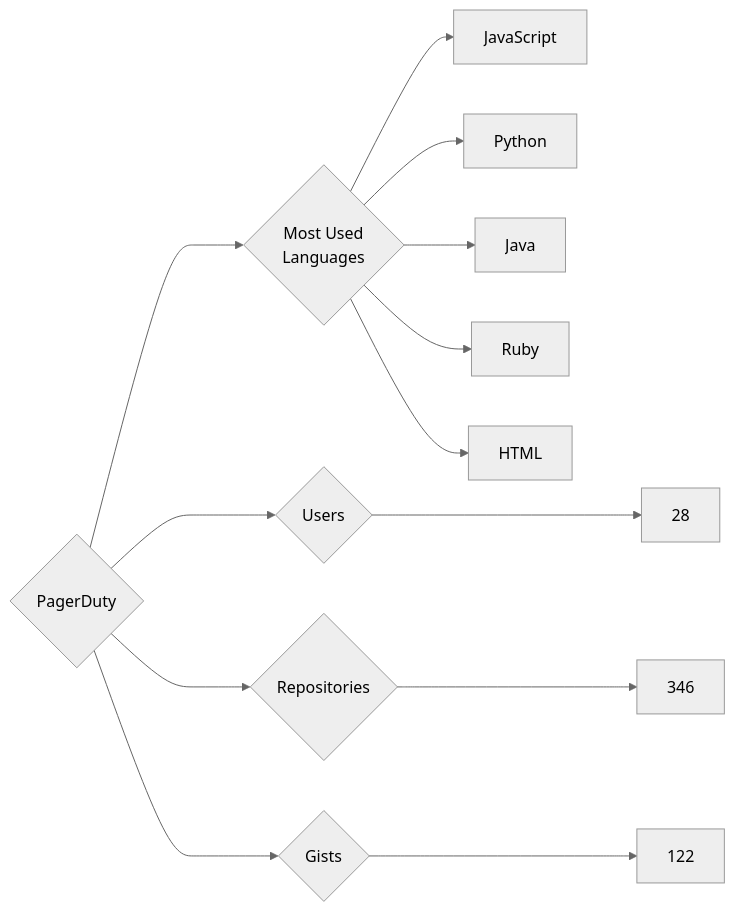
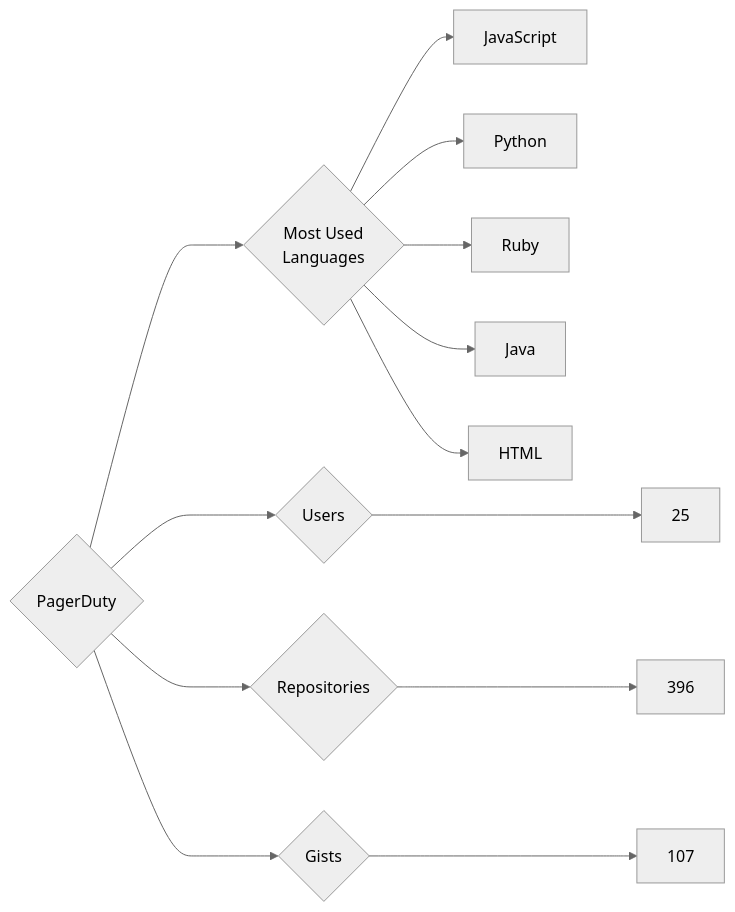
One commit to trickest/insiders changed the diagram in targets/PagerDuty/README.md. Above: the diagram before and after it, drawn with Mermaid (neutral theme). The commit also changed 1011 other files, not shown here.

````diff
--- a/targets/PagerDuty/README.md
+++ b/targets/PagerDuty/README.md
@@ -3,13 +3,13 @@
 ```mermaid
 graph LR
 COMPANY_NAME{PagerDuty}
-COMPANY_NAME ---> U{Users} ---> UN[28]
-COMPANY_NAME ---> R{Repositories} ---> RN[346]
-COMPANY_NAME ---> G{Gists} ---> GN[122]
+COMPANY_NAME ---> U{Users} ---> UN[25]
+COMPANY_NAME ---> R{Repositories} ---> RN[396]
+COMPANY_NAME ---> G{Gists} ---> GN[107]
 COMPANY_NAME ---> ML{Most Used<br>Languages}
 ML --> JavaScript[JavaScript]
 ML --> Python[Python]
+ML --> Ruby[Ruby]
 ML --> Java[Java]
-ML --> Ruby[Ruby]
 ML --> HTML[HTML]
 ```
````
